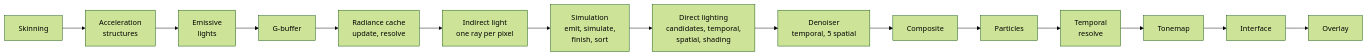
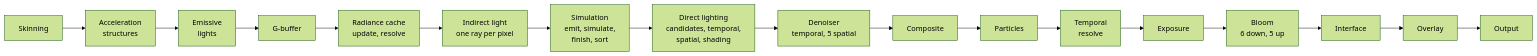
One commit to SBXdev3D/daidalos-engine-next changed the tenth of 13 diagrams in docs/ARCHITECTURE.md. Above: the diagram before and after it, drawn with Mermaid (forest theme). The commit also changed other lines of this file and 42 other files, not shown here.

First line of the commit message:
Phase 9.14: image formation (auto-exposure, bloom, AgX, HDR10) (#39)

````diff
--- a/docs/ARCHITECTURE.md
+++ b/docs/ARCHITECTURE.md
@@ -214,4 +233,4 @@
 ```mermaid
 flowchart LR
-    SK["Skinning"] --> AS["Acceleration<br/>structures"] --> EL["Emissive<br/>lights"] --> PP["G-buffer"] --> GI["Radiance cache<br/>update, resolve"] --> IL["Indirect light<br/>one ray per pixel"] --> SI["Simulation<br/>emit, simulate,<br/>finish, sort"] --> ME["Direct lighting<br/>candidates, temporal,<br/>spatial, shading"] --> DN["Denoiser<br/>temporal, 5 spatial"] --> CO["Composite"] --> PA["Particles"] --> TR["Temporal<br/>resolve"] --> TO["Tonemap"] --> UI["Interface"] --> OV["Overlay"]
+    SK["Skinning"] --> AS["Acceleration<br/>structures"] --> EL["Emissive<br/>lights"] --> PP["G-buffer"] --> GI["Radiance cache<br/>update, resolve"] --> IL["Indirect light<br/>one ray per pixel"] --> SI["Simulation<br/>emit, simulate,<br/>finish, sort"] --> ME["Direct lighting<br/>candidates, temporal,<br/>spatial, shading"] --> DN["Denoiser<br/>temporal, 5 spatial"] --> CO["Composite"] --> PA["Particles"] --> TR["Temporal<br/>resolve"] --> EX["Exposure"] --> BL["Bloom<br/>6 down, 5 up"] --> UI["Interface"] --> OV["Overlay"] --> OU["Output"]
 ```
````
